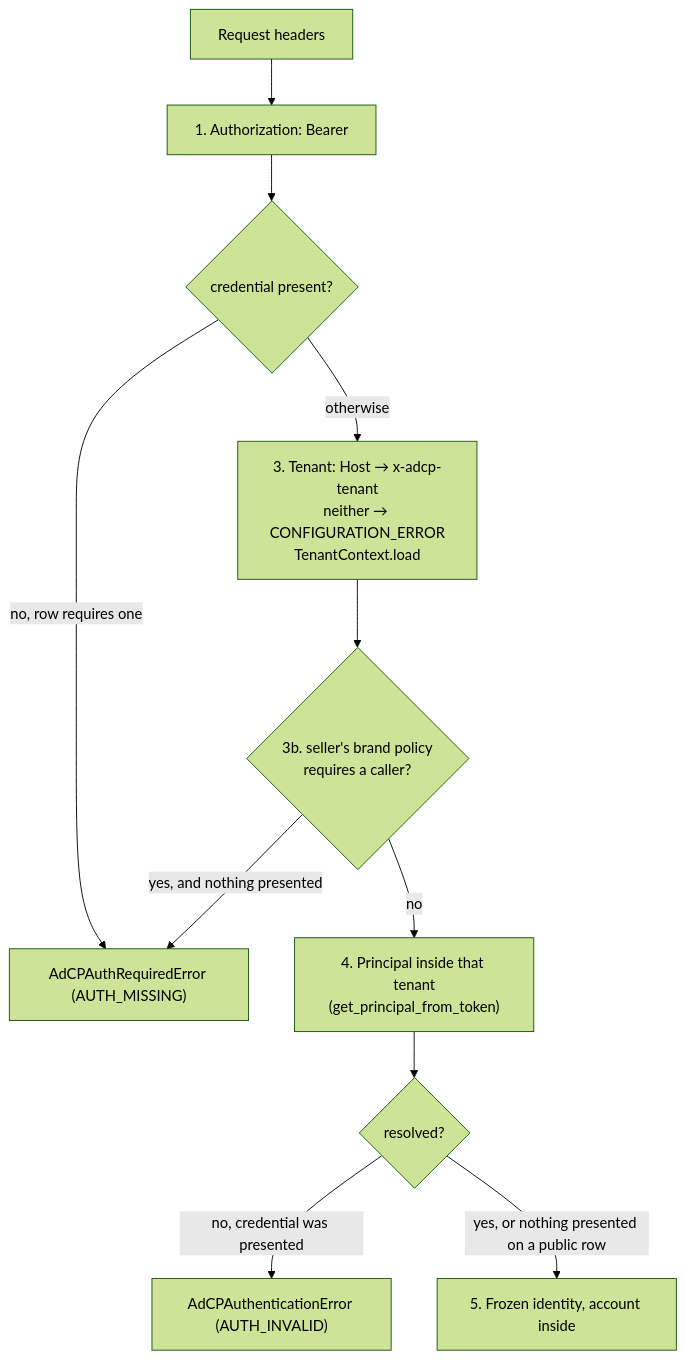
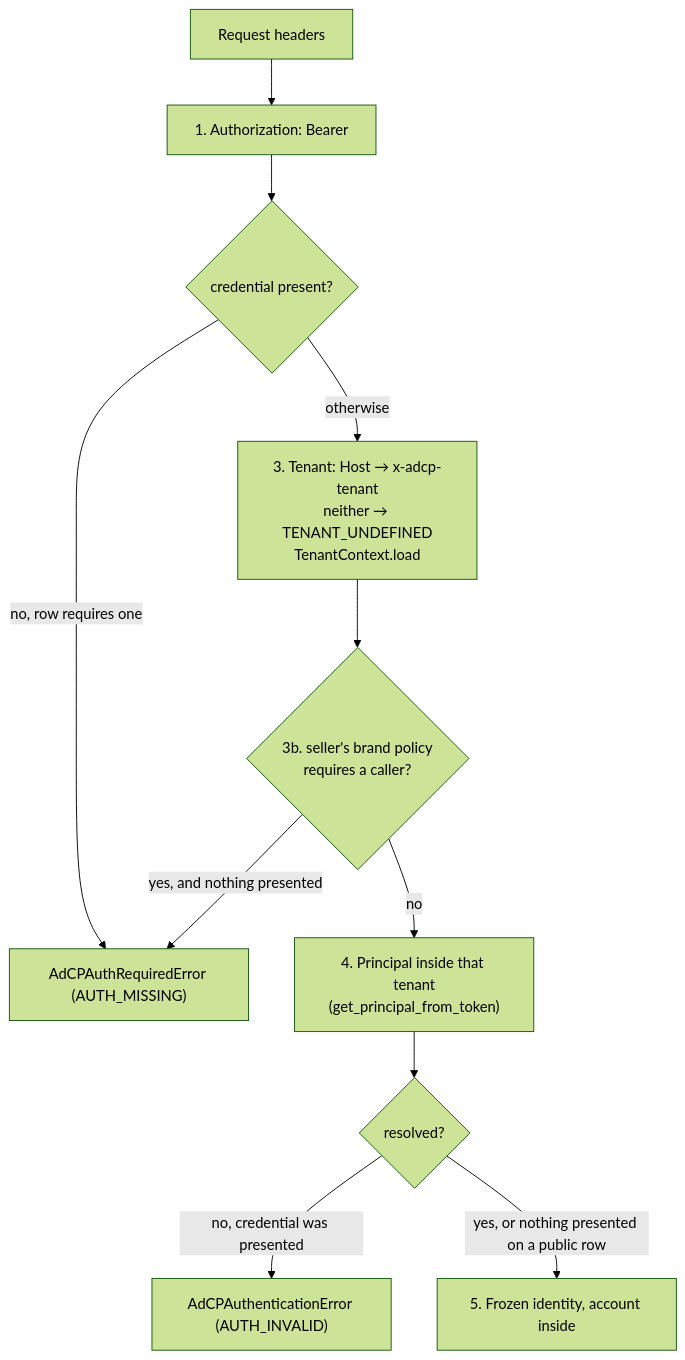
Before and after one commit to prebid/salesagent: the third of 4 diagrams in docs/development/request-lifecycle.md, drawn with Mermaid (forest theme). The commit also changed other lines of this file and 10 other files, not shown here.

````diff
--- a/docs/development/request-lifecycle.md
+++ b/docs/development/request-lifecycle.md
@@ -415,13 +415,13 @@
 ```mermaid
 flowchart TD
     hdrs["Request headers"] --> token["1. Authorization: Bearer"]
     token --> missing{"credential present?"}
     missing -->|"no, row requires one"| am["AdCPAuthRequiredError (AUTH_MISSING)"]
-    missing -->|"otherwise"| tenant["3. Tenant: Host → x-adcp-tenant\nneither → CONFIGURATION_ERROR\nTenantContext.load"]
+    missing -->|"otherwise"| tenant["3. Tenant: Host → x-adcp-tenant\nneither → TENANT_UNDEFINED\nTenantContext.load"]
     tenant --> policy{"3b. seller's brand policy\nrequires a caller?"}
     policy -->|"yes, and nothing presented"| am
     policy -->|"no"| principal["4. Principal inside that tenant\n(get_principal_from_token)"]
     principal --> valid{"resolved?"}
     valid -->|"no, credential was presented"| ai["AdCPAuthenticationError (AUTH_INVALID)"]
     valid -->|"yes, or nothing presented on a public row"| rid["5. Frozen identity, account inside"]
 ```
````
